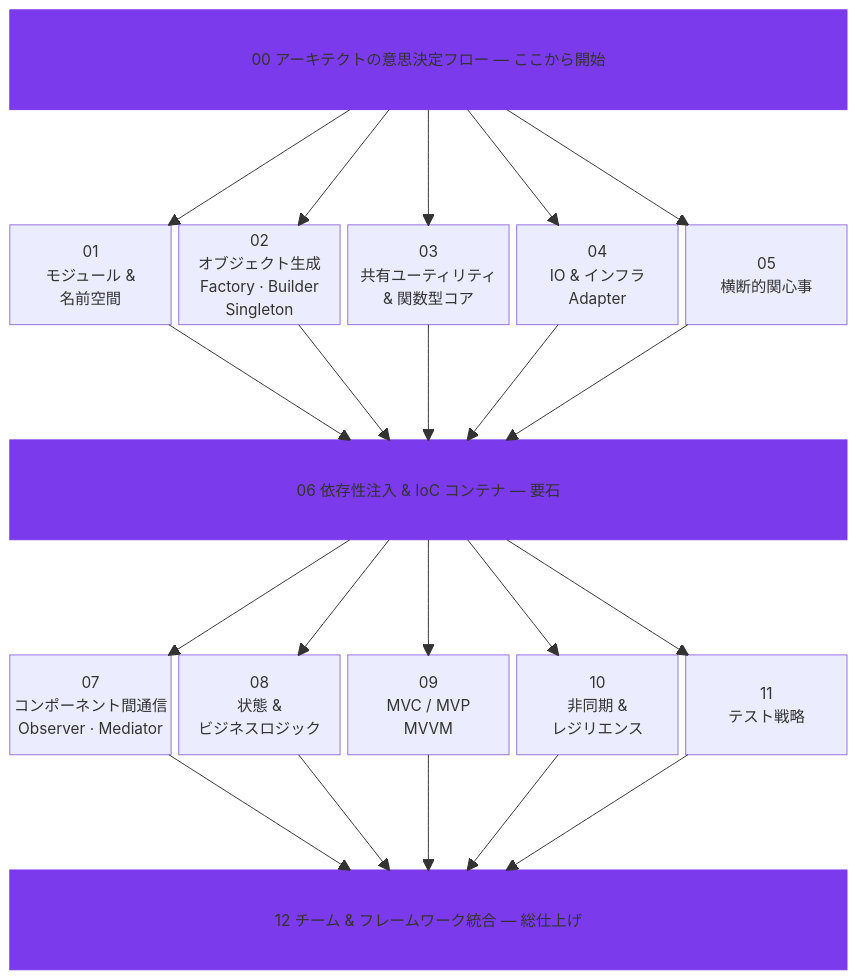
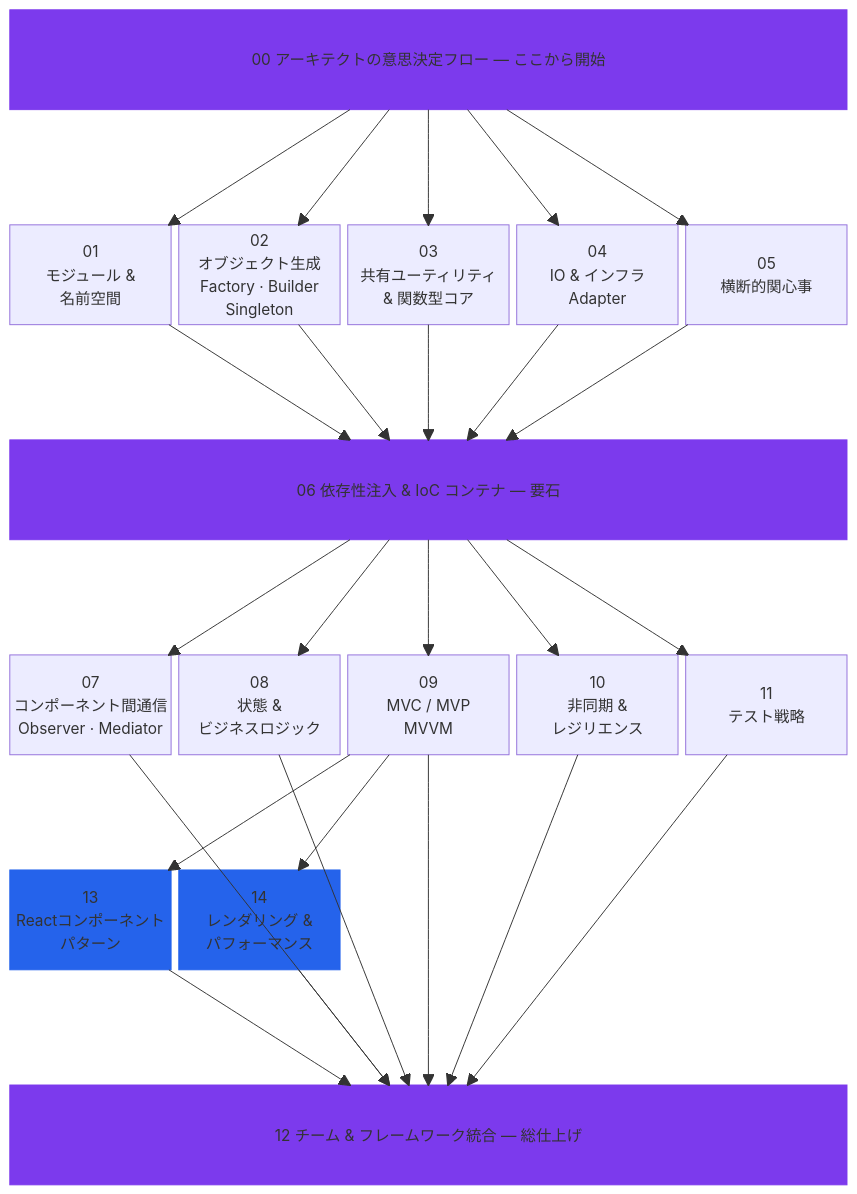
The diagram in README_ja.md (MattAtAIEra/Learning_JavaScript_Design_Pattern), drawn with Mermaid before and after one commit. The commit also changed other lines of this file and 21 other files, not shown here.

````diff
--- a/README_ja.md
+++ b/README_ja.md
@@ -69,47 +69,57 @@
 ```mermaid
 block-beta
   columns 5
 
   s00["00 アーキテクトの意思決定フロー — ここから開始"]:5
   space:5
   s01["01\nモジュール &\n名前空間"]
   s02["02\nオブジェクト生成\nFactory · Builder\nSingleton"]
   s03["03\n共有ユーティリティ\n& 関数型コア"]
   s04["04\nIO & インフラ\nAdapter"]
   s05["05\n横断的関心事"]
   space:5
   s06["06 依存性注入 & IoC コンテナ — 要石"]:5
   space:5
   s07["07\nコンポーネント間通信\nObserver · Mediator"]
   s08["08\n状態 &\nビジネスロジック"]
   s09["09\nMVC / MVP\nMVVM"]
   s10["10\n非同期 &\nレジリエンス"]
   s11["11\nテスト戦略"]
   space:5
+  s13["13\nReactコンポーネント\nパターン"]
+  s14["14\nレンダリング &\nパフォーマンス"]
+  space space space
+  space:5
   s12["12 チーム & フレームワーク統合 — 総仕上げ"]:5
 
   s00 --> s01
   s00 --> s02
   s00 --> s03
   s00 --> s04
   s00 --> s05
   s01 --> s06
   s02 --> s06
   s03 --> s06
   s04 --> s06
   s05 --> s06
   s06 --> s07
   s06 --> s08
   s06 --> s09
   s06 --> s10
   s06 --> s11
+  s09 --> s13
+  s09 --> s14
   s07 --> s12
   s08 --> s12
   s09 --> s12
   s10 --> s12
   s11 --> s12
+  s13 --> s12
+  s14 --> s12
 
   style s00 fill:#7c3aed,color:#fff,stroke:#7c3aed
   style s06 fill:#7c3aed,color:#fff,stroke:#7c3aed
   style s12 fill:#7c3aed,color:#fff,stroke:#7c3aed
+  style s13 fill:#2563eb,color:#fff,stroke:#2563eb
+  style s14 fill:#2563eb,color:#fff,stroke:#2563eb
 ```
````
